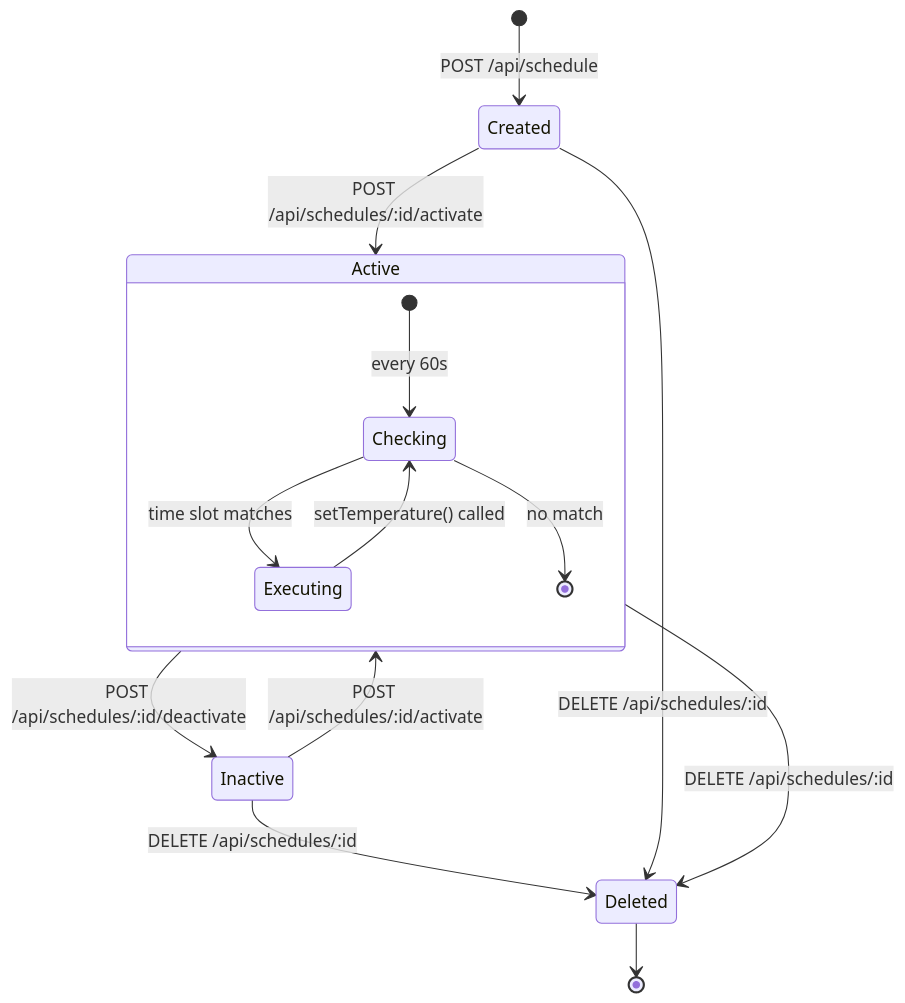
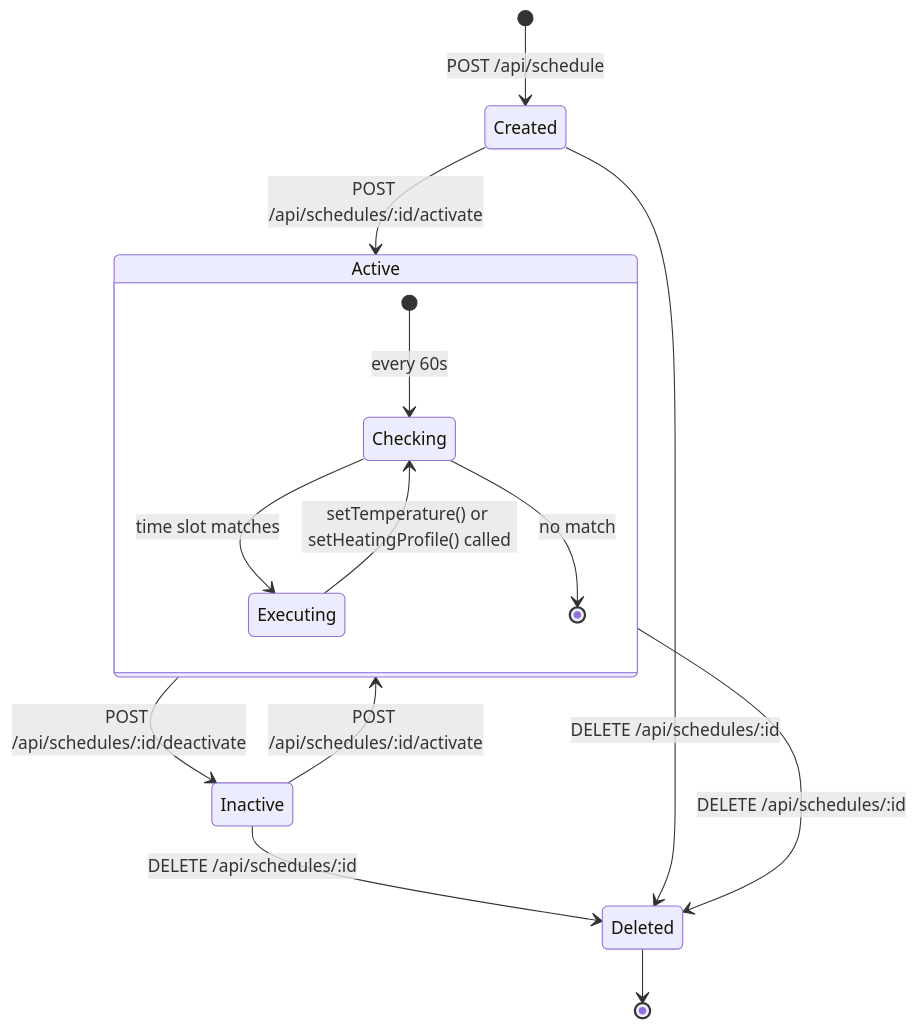
The third of 3 diagrams in docs/api-reference.md (rore78/homematicHeatingWithNumbersFile), drawn with Mermaid before and after one commit. The commit also changed other lines of this file and 72 other files, not shown here.

````diff
--- a/docs/api-reference.md
+++ b/docs/api-reference.md
@@ -374,18 +945,18 @@
 ```mermaid
 stateDiagram-v2
     [*] --> Created: POST /api/schedule
     Created --> Active: POST /api/schedules/:id/activate
     Active --> Inactive: POST /api/schedules/:id/deactivate
     Inactive --> Active: POST /api/schedules/:id/activate
     Active --> Deleted: DELETE /api/schedules/:id
     Inactive --> Deleted: DELETE /api/schedules/:id
     Created --> Deleted: DELETE /api/schedules/:id
     Deleted --> [*]
 
     state Active {
         [*] --> Checking: every 60s
         Checking --> Executing: time slot matches
-        Executing --> Checking: setTemperature() called
+        Executing --> Checking: setTemperature() or setHeatingProfile() called
         Checking --> [*]: no match
     }
 ```
````
